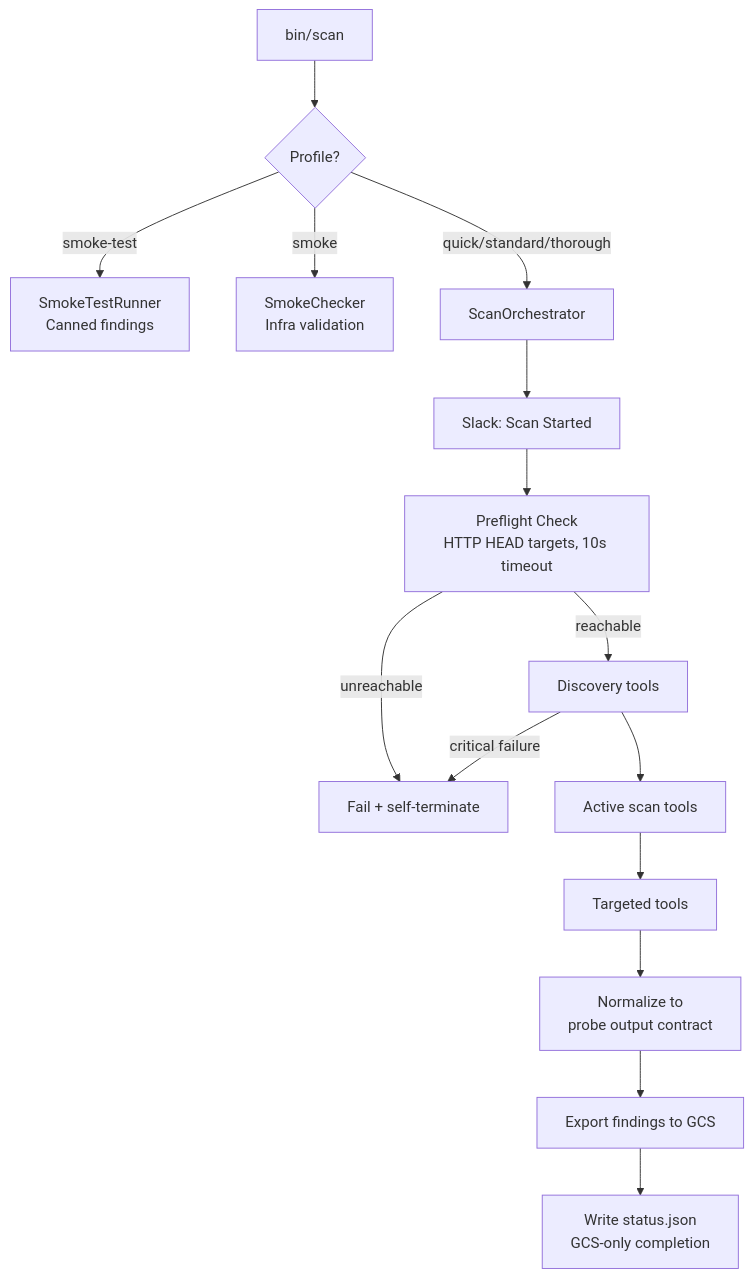
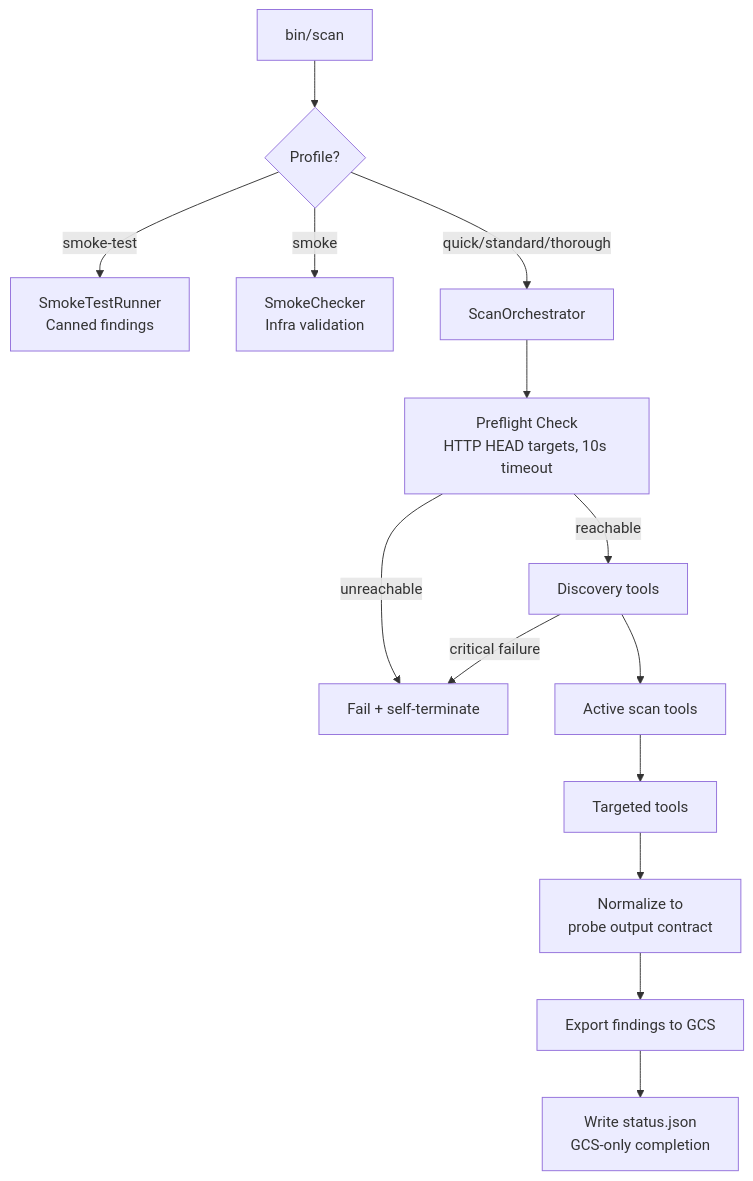
The second of 3 diagrams in README.md (Peregrine-Technology-Systems/peregrine-penetrator-scanner), drawn with Mermaid before and after one commit. The commit also changed other lines of this file and 8 other files, not shown here.

First line of the commit message:
fix: dead NotificationService call crashed non-smoke scans; refresh architecture docs (#1077, #1076)

````diff
--- a/README.md
+++ b/README.md
@@ -40,18 +40,17 @@
 ```mermaid
 flowchart TD
     A[bin/scan] --> B{Profile?}
     B -->|smoke-test| C[SmokeTestRunner<br/>Canned findings]
     B -->|smoke| D[SmokeChecker<br/>Infra validation]
     B -->|quick/standard/thorough| E[ScanOrchestrator]
 
-    E --> N[Slack: Scan Started]
-    N --> P[Preflight Check<br/>HTTP HEAD targets, 10s timeout]
+    E --> P[Preflight Check<br/>HTTP HEAD targets, 10s timeout]
     P -->|unreachable| X[Fail + self-terminate]
     P -->|reachable| F[Discovery tools]
     F -->|critical failure| X
     F --> G[Active scan tools]
     G --> H[Targeted tools]
     H --> I[Normalize to<br/>probe output contract]
     I --> K[Export findings to GCS]
     K --> M[Write status.json<br/>GCS-only completion]
 ```
````
